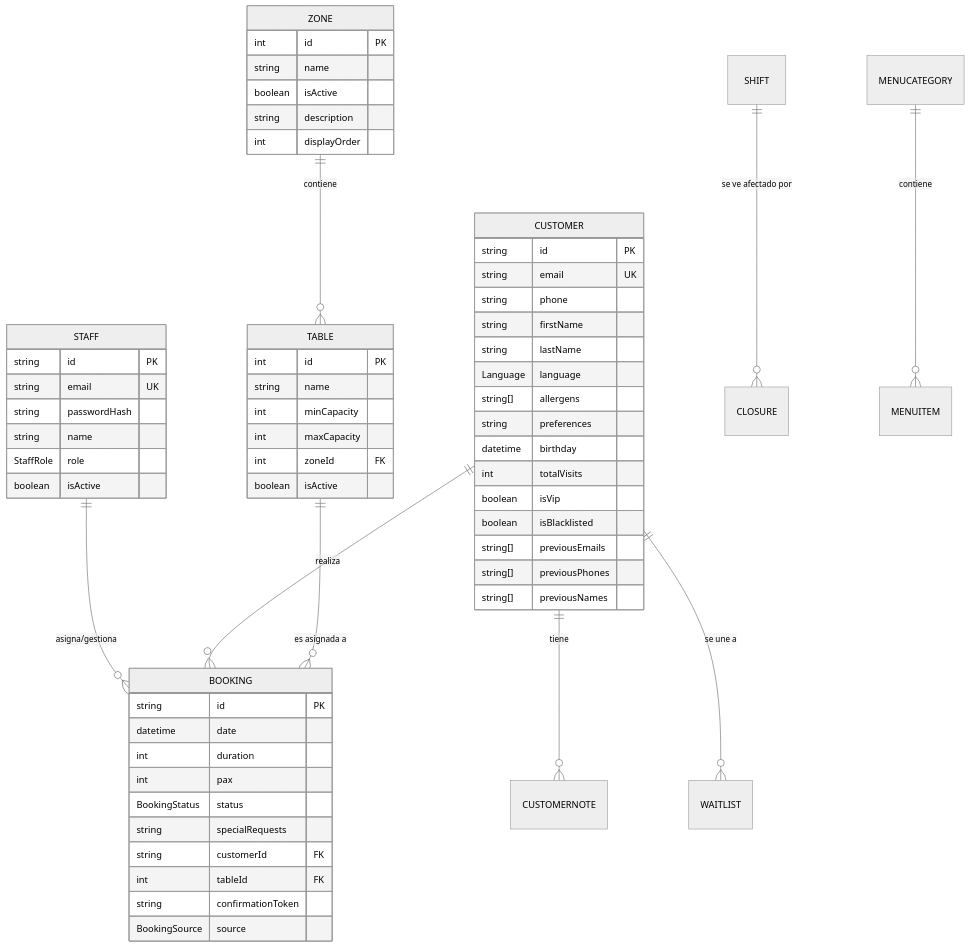
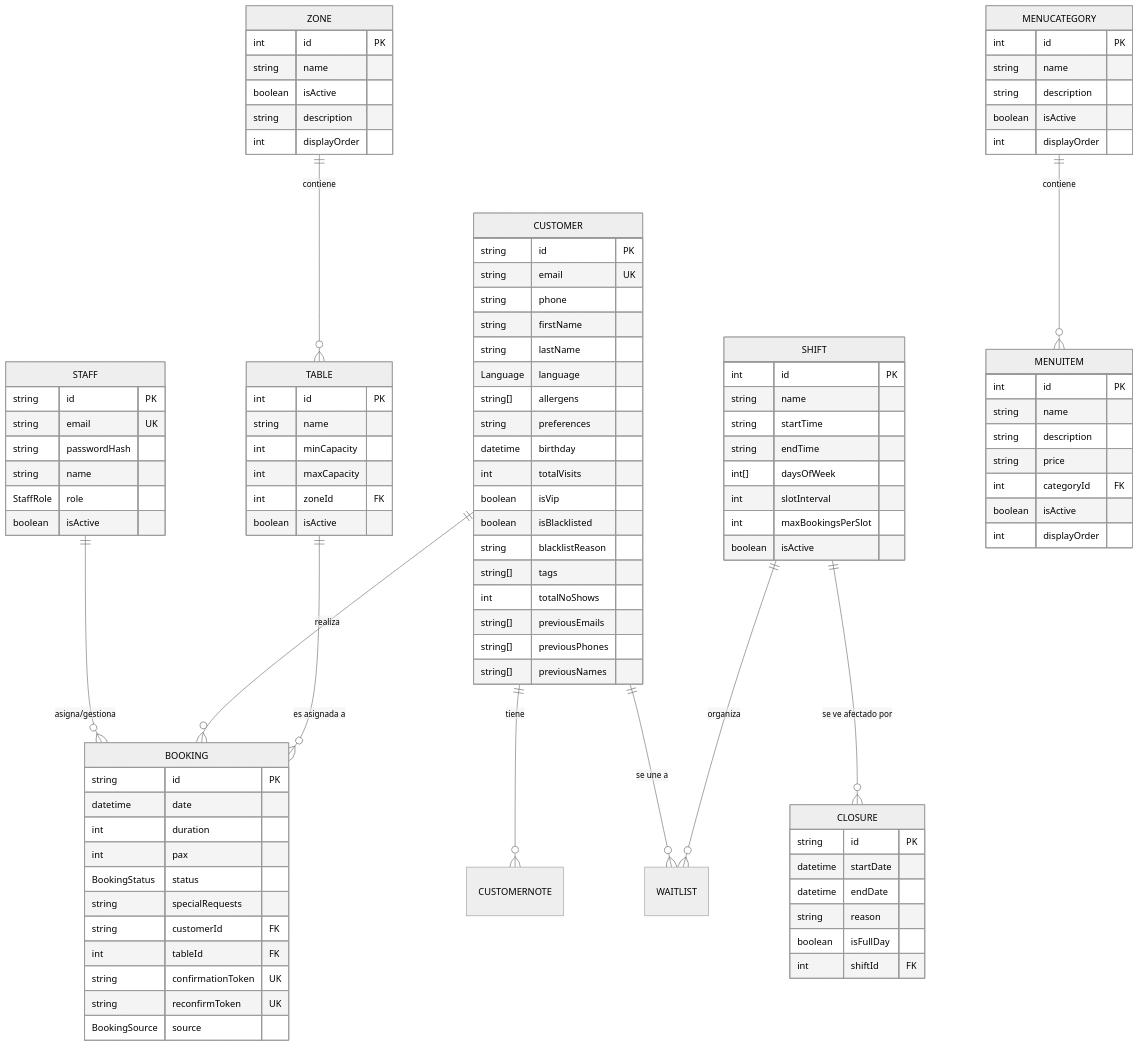
One commit to alejandromolina-aircury/TFG changed the diagram in docs/DATABASE_SCHEMA.md. Above: the diagram before and after it, drawn with Mermaid (neutral theme). The commit also changed 1 other file, not shown here.

Commit message:
docs: update database schema and deployment guide

````diff
--- a/docs/DATABASE_SCHEMA.md
+++ b/docs/DATABASE_SCHEMA.md
@@ -13,6 +13,7 @@
     ZONE ||--o{ TABLE : "contiene"
     TABLE ||--o{ BOOKING : "es asignada a"
     SHIFT ||--o{ CLOSURE : "se ve afectado por"
+    SHIFT ||--o{ WAITLIST : "organiza"
     MENUCATEGORY ||--o{ MENUITEM : "contiene"
 
     STAFF {
@@ -37,6 +38,9 @@
         int totalVisits
         boolean isVip
         boolean isBlacklisted
+        string blacklistReason
+        string[] tags
+        int totalNoShows
         string[] previousEmails
         string[] previousPhones
         string[] previousNames
@@ -51,7 +55,8 @@
         string specialRequests
         string customerId FK
         int tableId FK
-        string confirmationToken
+        string confirmationToken UK
+        string reconfirmToken UK
         BookingSource source
     }
 
@@ -71,4 +76,42 @@
         string description
         int displayOrder
     }
+
+    SHIFT {
+        int id PK
+        string name
+        string startTime
+        string endTime
+        int[] daysOfWeek
+        int slotInterval
+        int maxBookingsPerSlot
+        boolean isActive
+    }
+
+    CLOSURE {
+        string id PK
+        datetime startDate
+        datetime endDate
+        string reason
+        boolean isFullDay
+        int shiftId FK
+    }
+
+    MENUCATEGORY {
+        int id PK
+        string name
+        string description
+        boolean isActive
+        int displayOrder
+    }
+
+    MENUITEM {
+        int id PK
+        string name
+        string description
+        string price
+        int categoryId FK
+        boolean isActive
+        int displayOrder
+    }
 ```
````
